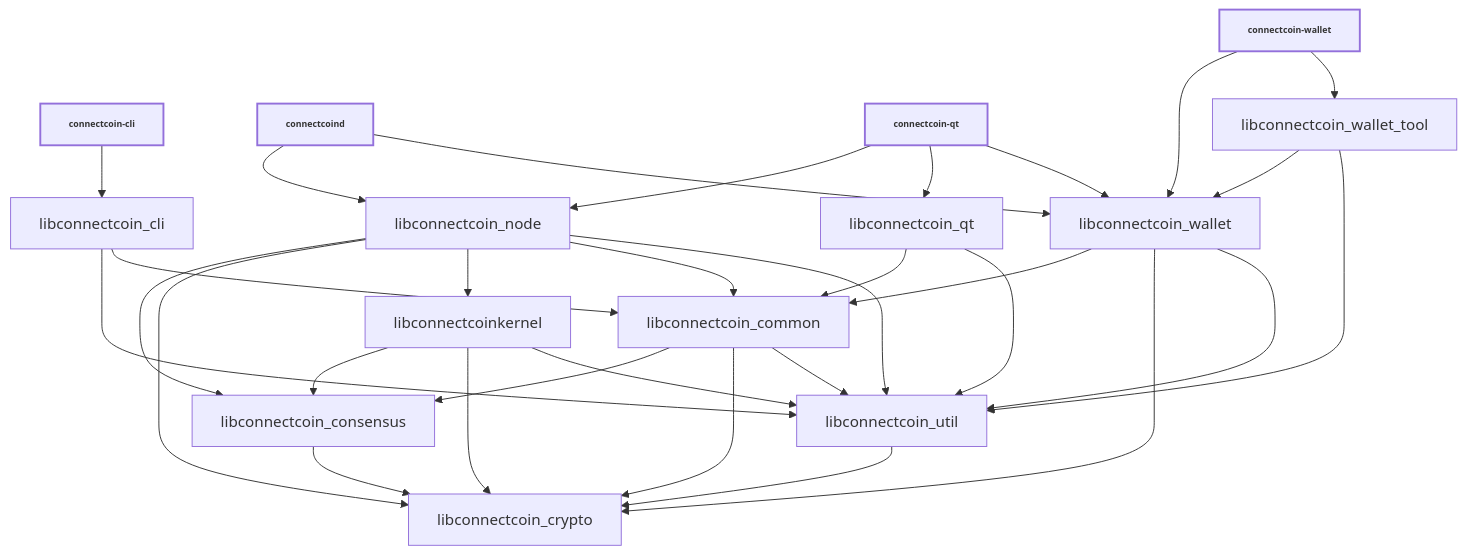
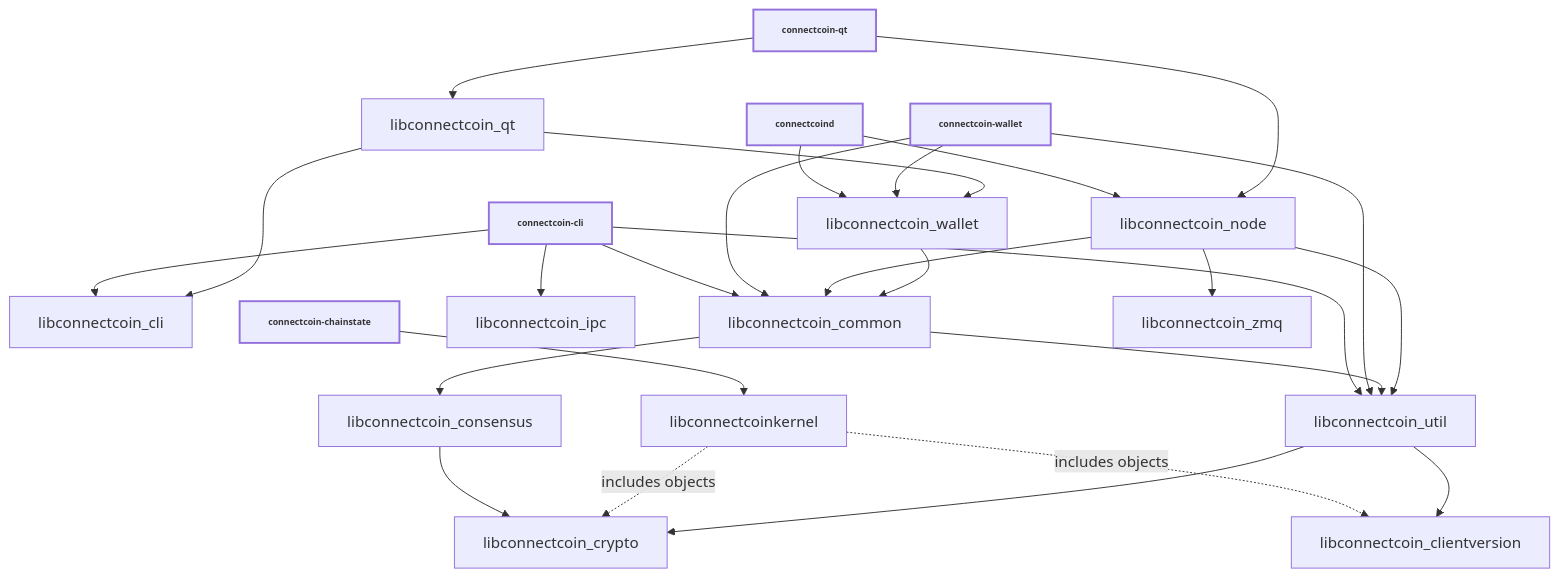
The diagram in doc/design/libraries.md (connectcoincrypto/connectcoin), drawn with Mermaid before and after one commit. The commit also changed other lines of this file and 75 other files, not shown here.

````diff
--- a/doc/design/libraries.md
+++ b/doc/design/libraries.md
@@ -47,51 +51,44 @@
 ```mermaid
 %%{ init : { "flowchart" : { "curve" : "basis" }}}%%
 
 graph TD;
 
 connectcoin-cli[connectcoin-cli]-->libconnectcoin_cli;
+connectcoin-cli-->libconnectcoin_common;
+connectcoin-cli-->libconnectcoin_ipc;
+connectcoin-cli-->libconnectcoin_util;
 
 connectcoind[connectcoind]-->libconnectcoin_node;
 connectcoind[connectcoind]-->libconnectcoin_wallet;
 
 connectcoin-qt[connectcoin-qt]-->libconnectcoin_node;
 connectcoin-qt[connectcoin-qt]-->libconnectcoin_qt;
-connectcoin-qt[connectcoin-qt]-->libconnectcoin_wallet;
 
 connectcoin-wallet[connectcoin-wallet]-->libconnectcoin_wallet;
-connectcoin-wallet[connectcoin-wallet]-->libconnectcoin_wallet_tool;
-
-libconnectcoin_cli-->libconnectcoin_util;
-libconnectcoin_cli-->libconnectcoin_common;
+connectcoin-wallet-->libconnectcoin_common;
+connectcoin-wallet-->libconnectcoin_util;
 
 libconnectcoin_consensus-->libconnectcoin_crypto;
 
 libconnectcoin_common-->libconnectcoin_consensus;
-libconnectcoin_common-->libconnectcoin_crypto;
 libconnectcoin_common-->libconnectcoin_util;
 
-libconnectcoinkernel-->libconnectcoin_consensus;
-libconnectcoinkernel-->libconnectcoin_crypto;
-libconnectcoinkernel-->libconnectcoin_util;
+connectcoin-chainstate[connectcoin-chainstate]-->libconnectcoinkernel;
+libconnectcoinkernel-. includes objects .->libconnectcoin_crypto;
+libconnectcoinkernel-. includes objects .->libconnectcoin_clientversion;
 
-libconnectcoin_node-->libconnectcoin_consensus;
-libconnectcoin_node-->libconnectcoin_crypto;
-libconnectcoin_node-->libconnectcoinkernel;
 libconnectcoin_node-->libconnectcoin_common;
 libconnectcoin_node-->libconnectcoin_util;
+libconnectcoin_node-->libconnectcoin_zmq;
 
-libconnectcoin_qt-->libconnectcoin_common;
-libconnectcoin_qt-->libconnectcoin_util;
+libconnectcoin_qt-->libconnectcoin_cli;
+libconnectcoin_qt-->libconnectcoin_wallet;
 
 libconnectcoin_util-->libconnectcoin_crypto;
+libconnectcoin_util-->libconnectcoin_clientversion;
 
 libconnectcoin_wallet-->libconnectcoin_common;
-libconnectcoin_wallet-->libconnectcoin_crypto;
-libconnectcoin_wallet-->libconnectcoin_util;
-
-libconnectcoin_wallet_tool-->libconnectcoin_wallet;
-libconnectcoin_wallet_tool-->libconnectcoin_util;
 
 classDef bold stroke-width:2px, font-weight:bold, font-size: smaller;
-class connectcoin-qt,connectcoind,connectcoin-cli,connectcoin-wallet bold
+class connectcoin-qt,connectcoind,connectcoin-cli,connectcoin-wallet,connectcoin-chainstate bold
 ```
````
